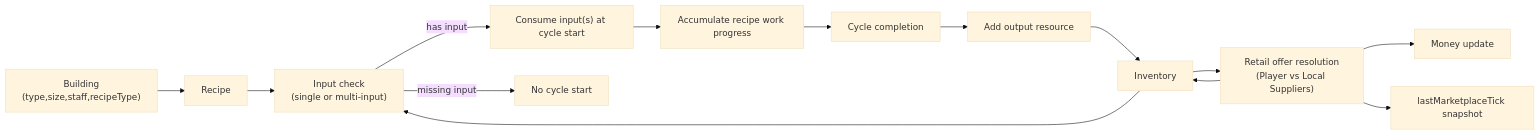
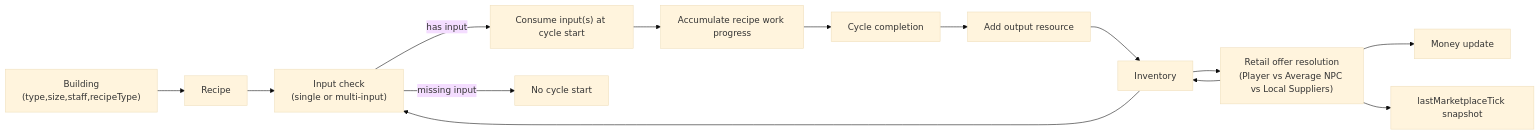
Before and after one commit to gram12321/protoproduction: the first of 14 diagrams in docs/VariableRelationshipMap.md, drawn with Mermaid (base theme). The commit also changed other lines of this file and 7 other files, not shown here.

````diff
--- a/docs/VariableRelationshipMap.md
+++ b/docs/VariableRelationshipMap.md
@@ -59,16 +65,16 @@
 ```mermaid
 flowchart LR
   BLD["Building\n(type,size,staff,recipeType)"] --> RCP["Recipe"]
   INV["Inventory"] --> INCHK["Input check\n(single or multi-input)"]
   RCP --> INCHK
   INCHK -->|has input| START["Consume input(s) at cycle start"]
   INCHK -->|missing input| BLOCK["No cycle start"]
   START --> WORK["Accumulate recipe work progress"]
   WORK --> DONE["Cycle completion"]
   DONE --> OUT["Add output resource"]
   OUT --> INV
-  INV --> RETAIL["Retail offer resolution\n(Player vs Local Suppliers)"]
+  INV --> RETAIL["Retail offer resolution\n(Player vs Average NPC vs Local Suppliers)"]
   RETAIL --> INV
   RETAIL --> MONEY["Money update"]
   RETAIL --> SNAP["lastMarketplaceTick snapshot"]
 ```
````
